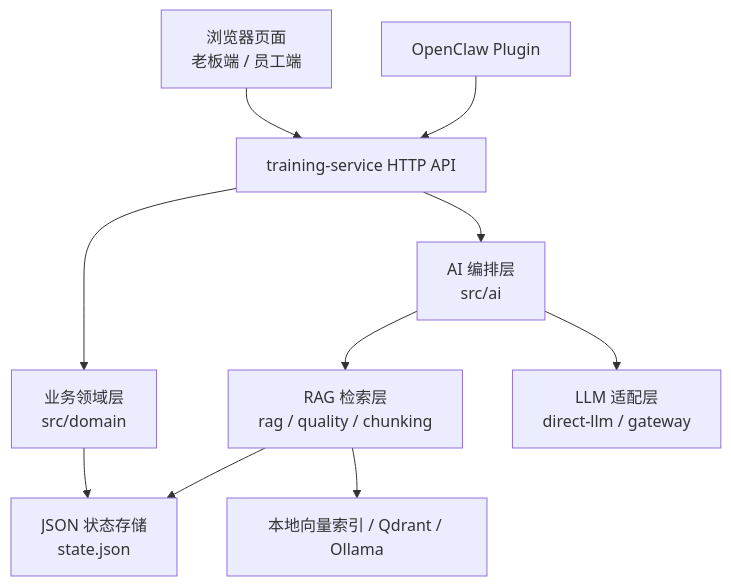
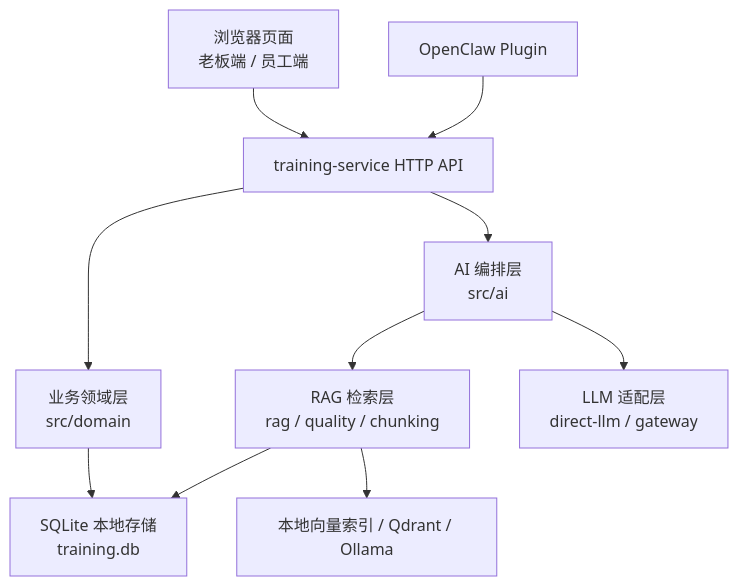
Before and after one commit to fanhua317/peixunfapin: the first of 4 diagrams in docs/PROJECT_OVERVIEW.md, drawn with Mermaid. The commit also changed other lines of this file and 22 other files, not shown here.

Commit message:
Migrate training storage to SQLite

````diff
--- a/docs/PROJECT_OVERVIEW.md
+++ b/docs/PROJECT_OVERVIEW.md
@@ -333,12 +338,12 @@
 ```mermaid
 flowchart TD
     A["浏览器页面<br/>老板端 / 员工端"] --> B["training-service HTTP API"]
     B --> C["业务领域层<br/>src/domain"]
     B --> D["AI 编排层<br/>src/ai"]
     D --> E["RAG 检索层<br/>rag / quality / chunking"]
     D --> F["LLM 适配层<br/>direct-llm / gateway"]
-    C --> G["JSON 状态存储<br/>state.json"]
+    C --> G["SQLite 本地存储<br/>training.db"]
     E --> G
     E --> H["本地向量索引 / Qdrant / Ollama"]
     I["OpenClaw Plugin"] --> B
 ```
````
